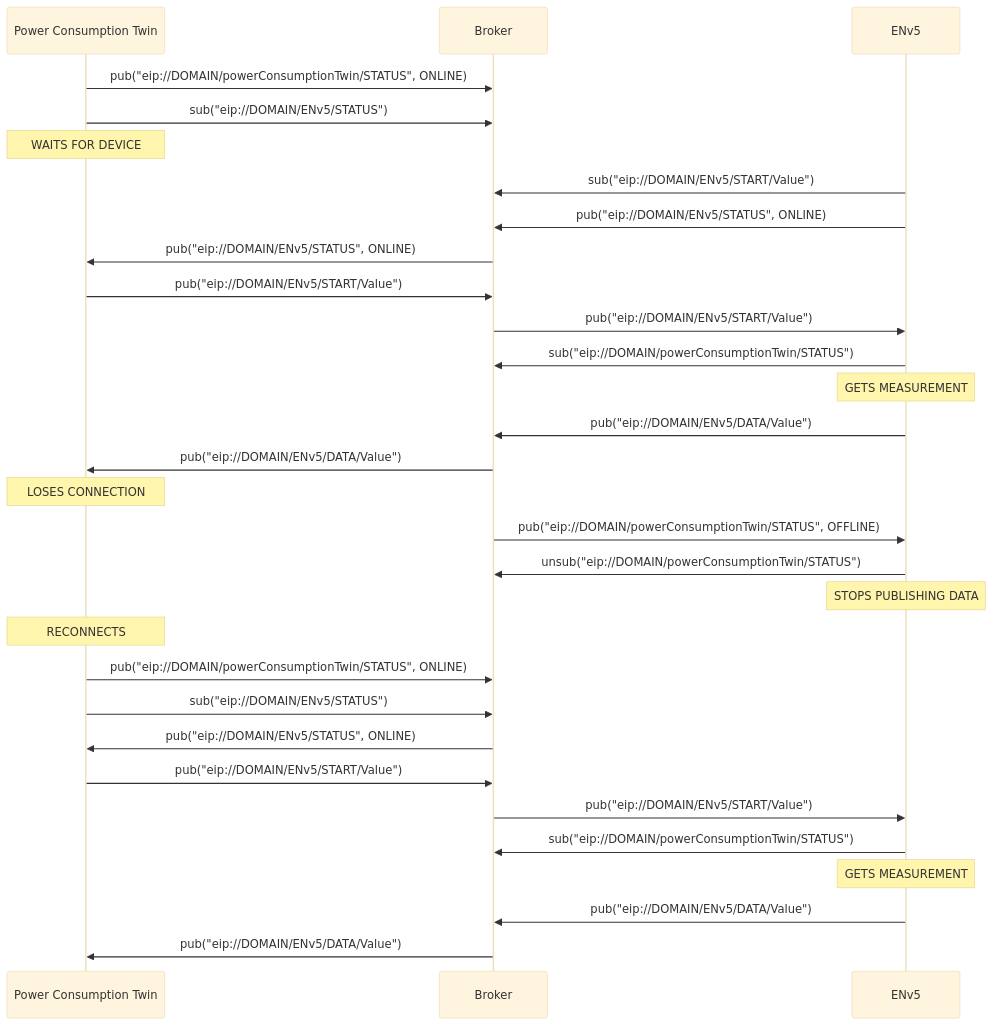
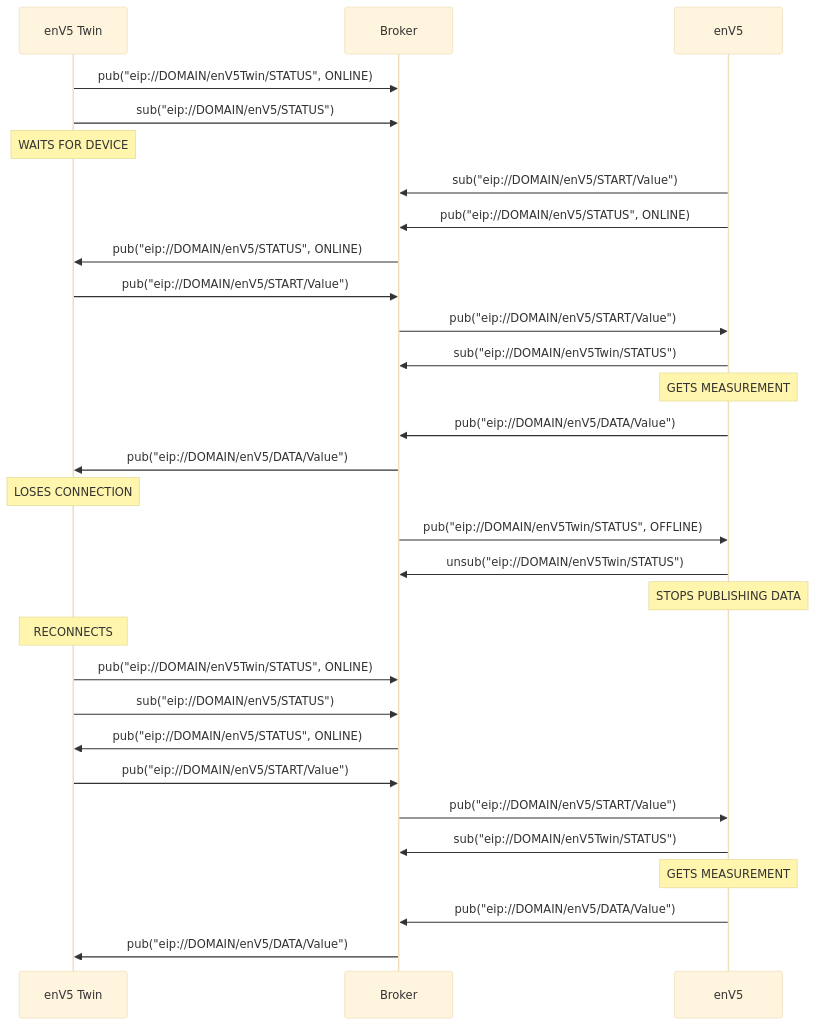
One commit to es-ude/elastic-ai.runtime.cloud changed the fourth of 4 diagrams in DEMO.md. Above: the diagram before and after it, drawn with Mermaid (base theme). The commit also changed other lines of this file and 31 other files, not shown here.

````diff
--- a/DEMO.md
+++ b/DEMO.md
@@ -156,50 +156,50 @@
 ```mermaid
 sequenceDiagram
-      participant pw as Power Consumption Twin
+      participant dt as enV5 Twin
       participant b as Broker
-      participant d as ENv5
+      participant d as enV5
 
-    pw ->> b: pub("eip://DOMAIN/powerConsumptionTwin/STATUS", ONLINE)
-    pw ->> b: sub("eip://DOMAIN/ENv5/STATUS")
+    dt ->> b: pub("eip://DOMAIN/enV5Twin/STATUS", ONLINE)
+    dt ->> b: sub("eip://DOMAIN/enV5/STATUS")
     
-    Note over pw: WAITS FOR DEVICE
+    Note over dt: WAITS FOR DEVICE
     
-    d ->> b: sub("eip://DOMAIN/ENv5/START/Value")
+    d ->> b: sub("eip://DOMAIN/enV5/START/Value")
         
-    d ->> b: pub("eip://DOMAIN/ENv5/STATUS", ONLINE)
-    b ->> pw: pub("eip://DOMAIN/ENv5/STATUS", ONLINE)
+    d ->> b: pub("eip://DOMAIN/enV5/STATUS", ONLINE)
+    b ->> dt: pub("eip://DOMAIN/enV5/STATUS", ONLINE)
  
-    pw ->> b: pub("eip://DOMAIN/ENv5/START/Value")
-    b ->> d: pub("eip://DOMAIN/ENv5/START/Value")
-    d ->> b: sub("eip://DOMAIN/powerConsumptionTwin/STATUS")
+    dt ->> b: pub("eip://DOMAIN/enV5/START/Value")
+    b ->> d: pub("eip://DOMAIN/enV5/START/Value")
+    d ->> b: sub("eip://DOMAIN/enV5Twin/STATUS")
     
     Note over d: GETS MEASUREMENT
         
-    d ->> b: pub("eip://DOMAIN/ENv5/DATA/Value")
-    b ->> pw: pub("eip://DOMAIN/ENv5/DATA/Value")
+    d ->> b: pub("eip://DOMAIN/enV5/DATA/Value")
+    b ->> dt: pub("eip://DOMAIN/enV5/DATA/Value")
     
-    Note over pw: LOSES CONNECTION
+    Note over dt: LOSES CONNECTION
         
-    b ->> d:  pub("eip://DOMAIN/powerConsumptionTwin/STATUS", OFFLINE)
+    b ->> d:  pub("eip://DOMAIN/enV5Twin/STATUS", OFFLINE)
         
-    d ->> b: unsub("eip://DOMAIN/powerConsumptionTwin/STATUS")
+    d ->> b: unsub("eip://DOMAIN/enV5Twin/STATUS")
             
     Note over d: STOPS PUBLISHING DATA
       
-    Note over pw: RECONNECTS
+    Note over dt: RECONNECTS
 
 
-    pw ->> b: pub("eip://DOMAIN/powerConsumptionTwin/STATUS", ONLINE)
-    pw ->> b: sub("eip://DOMAIN/ENv5/STATUS")
+    dt ->> b: pub("eip://DOMAIN/enV5Twin/STATUS", ONLINE)
+    dt ->> b: sub("eip://DOMAIN/enV5/STATUS")
     
-    b ->> pw: pub("eip://DOMAIN/ENv5/STATUS", ONLINE)
+    b ->> dt: pub("eip://DOMAIN/enV5/STATUS", ONLINE)
  
-    pw ->> b: pub("eip://DOMAIN/ENv5/START/Value")
-    b ->> d: pub("eip://DOMAIN/ENv5/START/Value")
-    d ->> b: sub("eip://DOMAIN/powerConsumptionTwin/STATUS")
+    dt ->> b: pub("eip://DOMAIN/enV5/START/Value")
+    b ->> d: pub("eip://DOMAIN/enV5/START/Value")
+    d ->> b: sub("eip://DOMAIN/enV5Twin/STATUS")
     
     Note over d: GETS MEASUREMENT
         
-    d ->> b: pub("eip://DOMAIN/ENv5/DATA/Value")
-    b ->> pw: pub("eip://DOMAIN/ENv5/DATA/Value")
+    d ->> b: pub("eip://DOMAIN/enV5/DATA/Value")
+    b ->> dt: pub("eip://DOMAIN/enV5/DATA/Value")
 ```
````
